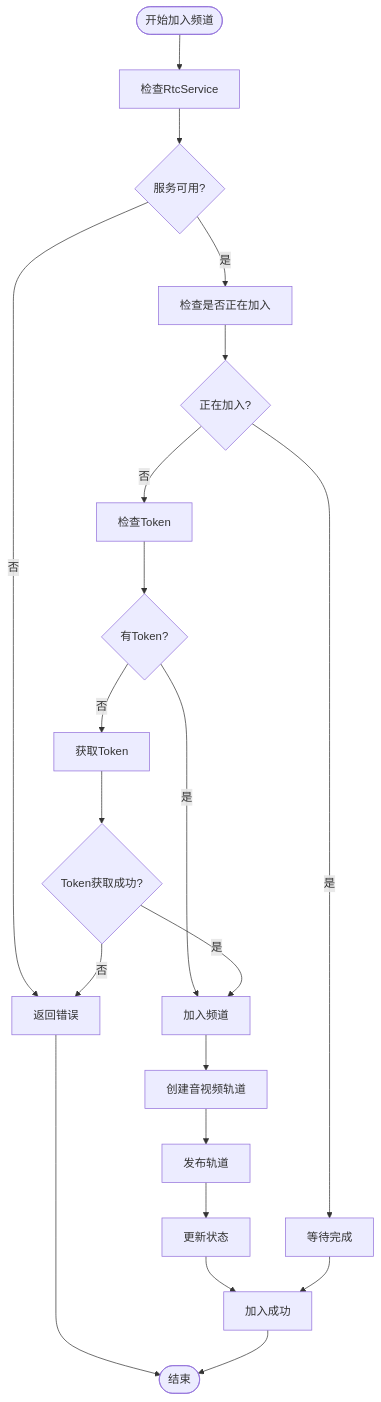
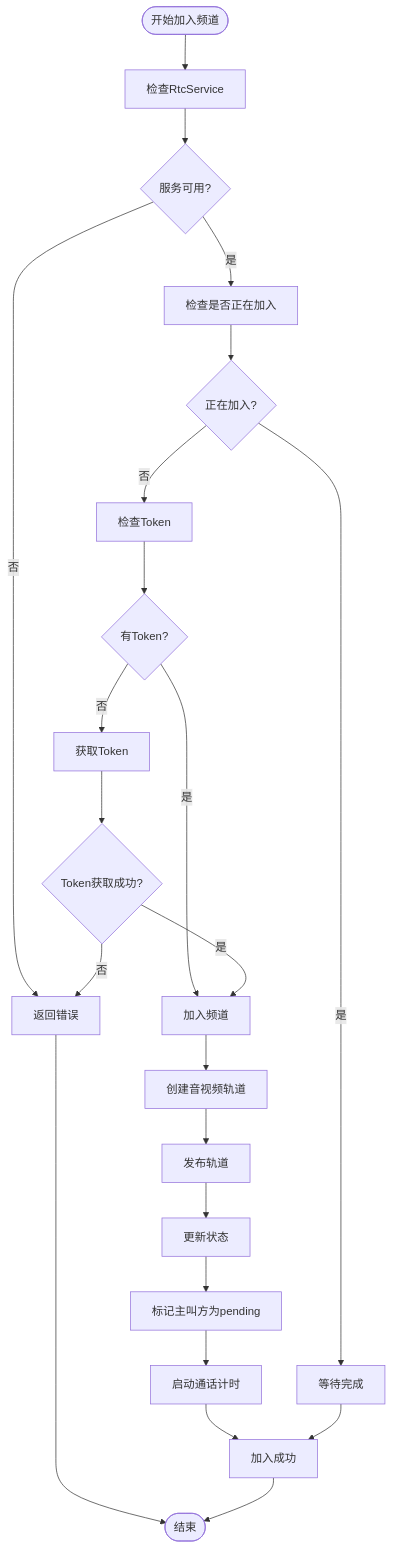
Before and after one commit to Easemob-Community/easemob-uikit-callkit-vue3: the sixth of 10 diagrams in .qoder/repowiki/zh/content/组合式 API/通话控制 API.md, drawn with Mermaid. The commit also changed other lines of this file and 54 other files, not shown here.

````diff
--- a/.qoder/repowiki/zh/content/组合式 API/通话控制 API.md
+++ b/.qoder/repowiki/zh/content/组合式 API/通话控制 API.md
@@ -371,23 +455,25 @@
 ```mermaid
 flowchart TD
 Start([开始加入频道]) --> CheckService["检查RtcService"]
 CheckService --> ServiceOK{"服务可用?"}
 ServiceOK --> |否| Error["返回错误"]
 ServiceOK --> |是| CheckJoining["检查是否正在加入"]
 CheckJoining --> IsJoining{"正在加入?"}
 IsJoining --> |是| Wait["等待完成"]
 IsJoining --> |否| CheckToken["检查Token"]
 CheckToken --> HasToken{"有Token?"}
 HasToken --> |否| GetToken["获取Token"]
 HasToken --> |是| JoinChannel["加入频道"]
 GetToken --> TokenOK{"Token获取成功?"}
 TokenOK --> |否| Error
 TokenOK --> |是| JoinChannel
 JoinChannel --> CreateTracks["创建音视频轨道"]
 CreateTracks --> PublishTracks["发布轨道"]
 PublishTracks --> UpdateState["更新状态"]
-UpdateState --> Success["加入成功"]
+UpdateState --> MarkPending["标记主叫方为pending"]
+MarkPending --> StartTimer["启动通话计时"]
+StartTimer --> Success["加入成功"]
 Wait --> Success
 Error --> End([结束])
 Success --> End
 ```
````
